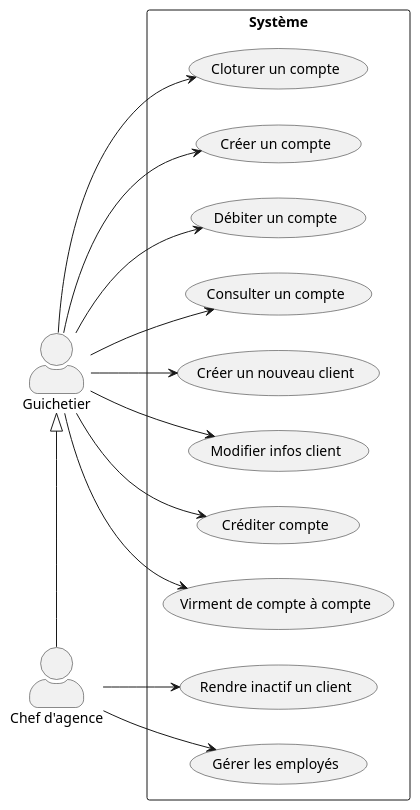
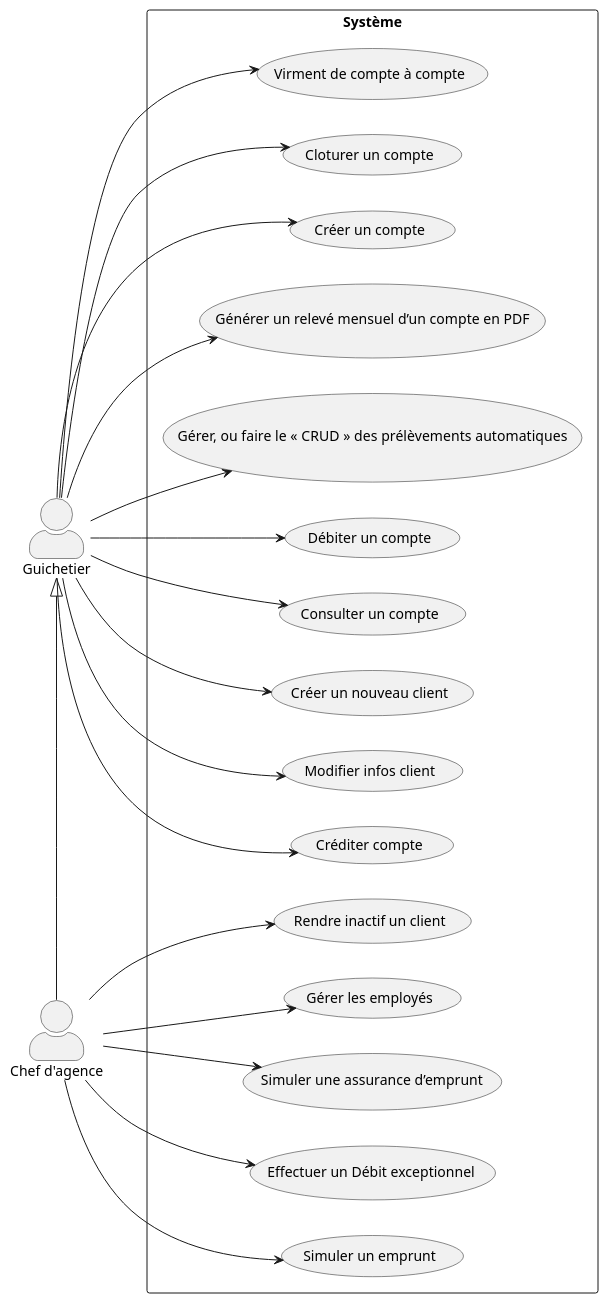
Before and after one commit to IUT-Blagnac/sae2022-bank-1b03: the diagram in Documentation/Documentation - Version 2/plantuml/use-case.plantuml, drawn with PlantUML.

Commit message:
maj use case v2
ajout des nouvelles tâches

```diff
--- a/Documentation/Documentation - Version 2/plantuml/use-case.plantuml
+++ b/Documentation/Documentation - Version 2/plantuml/use-case.plantuml
@@ -1,35 +1,47 @@
 @startuml use-case
 
 skinparam actorStyle awesome
 :Chef d'agence:
 :Guichetier:
 rectangle Système {
     (Rendre inactif un client)
     (Gérer les employés)
     (Débiter un compte)
     (Consulter un compte)
     (Créer un nouveau client)
     (Modifier infos client)
     (Créditer compte)
     (Virment de compte à compte)
     (Cloturer un compte)
     (Créer un compte)
+    (Générer un relevé mensuel d’un compte en PDF)
+    (Gérer, ou faire le « CRUD » des prélèvements automatiques)
+    (Effectuer un Débit exceptionnel)
+    (Simuler un emprunt)
+    (Simuler une assurance d’emprunt)
 }
 
 
 (Guichetier) <|-right- (Chef d'agence)
 
 left to right direction
 :Chef d'agence: --> (Rendre inactif un client)
 :Chef d'agence: --> (Gérer les employés)
+:Chef d'agence: --> (Effectuer un Débit exceptionnel)
+:Chef d'agence: --> (Simuler un emprunt)
+:Chef d'agence: --> (Simuler une assurance d’emprunt)
+
+
 (Guichetier) --> (Débiter un compte) 
 (Guichetier) --> (Consulter un compte) 
 (Guichetier) --> (Créer un nouveau client) 
 (Guichetier) --> (Modifier infos client) 
 (Guichetier) --> (Créditer compte) 
 (Guichetier) --> (Virment de compte à compte) 
 (Guichetier) --> (Cloturer un compte) 
 (Guichetier) --> (Créer un compte) 
+(Guichetier) --> (Générer un relevé mensuel d’un compte en PDF)
+(Guichetier) --> (Gérer, ou faire le « CRUD » des prélèvements automatiques)
 
 
 @enduml
```
